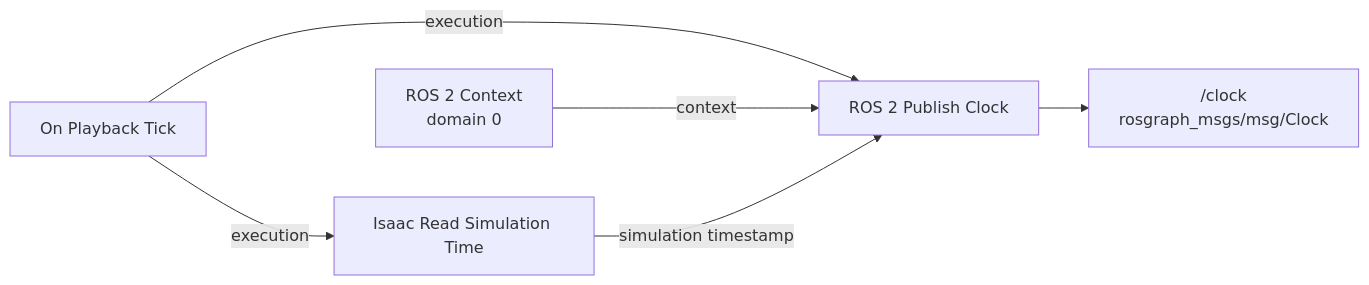
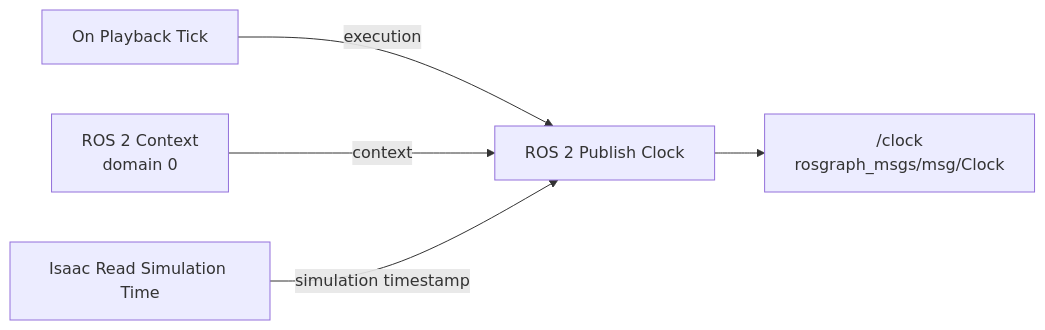
Before and after one commit to buicongnguyen/buicongnguyen.github.io: the first of 3 diagrams in robotics-simulation-engineer/isaac-sim-gui-clock-test.md, drawn with Mermaid. The commit also changed other lines of this file and 26 other files, not shown here.

````diff
--- a/robotics-simulation-engineer/isaac-sim-gui-clock-test.md
+++ b/robotics-simulation-engineer/isaac-sim-gui-clock-test.md
@@ -104,8 +104,7 @@
 ```mermaid
 flowchart LR
-    Tick["On Playback Tick"] -->|execution| Read["Isaac Read Simulation Time"]
-    Tick -->|execution| Pub["ROS 2 Publish Clock"]
+    Tick["On Playback Tick"] -->|execution| Pub["ROS 2 Publish Clock"]
     Ctx["ROS 2 Context<br/>domain 0"] -->|context| Pub
-    Read -->|simulation timestamp| Pub
+    Read["Isaac Read Simulation Time"] -->|simulation timestamp| Pub
     Pub --> Topic["/clock<br/>rosgraph_msgs/msg/Clock"]
 ```
````
